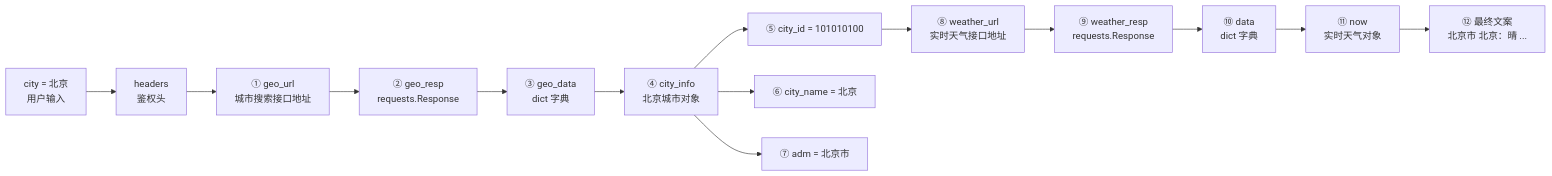
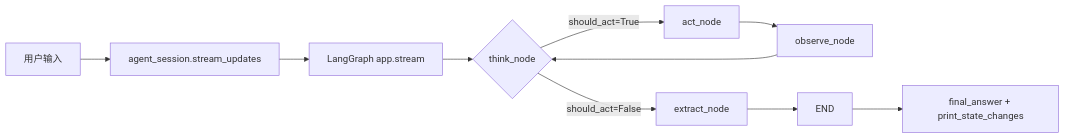
One commit to Heicrt/test2 changed the first of 5 diagrams in src/test2/docs/wiki.md. Above: the diagram before and after it, drawn with Mermaid. The commit also changed other lines of this file and 12 other files, not shown here.

First line of the commit message:
refactor(architecture): 抽取共享会话运行器并补齐契约文档

````diff
--- a/src/test2/docs/wiki.md
+++ b/src/test2/docs/wiki.md
@@ -634,16 +4366,12 @@
 ```mermaid
-graph LR
-    A[city = 北京<br/>用户输入] --> B[headers<br/>鉴权头]
-    B --> C[① geo_url<br/>城市搜索接口地址]
-    C --> D[② geo_resp<br/>requests.Response]
-    D --> E[③ geo_data<br/>dict 字典]
-    E --> F[④ city_info<br/>北京城市对象]
-    F --> G[⑤ city_id = 101010100]
-    F --> H[⑥ city_name = 北京]
-    F --> I[⑦ adm = 北京市]
-    G --> J[⑧ weather_url<br/>实时天气接口地址]
-    J --> K[⑨ weather_resp<br/>requests.Response]
-    K --> L[⑩ data<br/>dict 字典]
-    L --> M[⑪ now<br/>实时天气对象]
-    M --> N[⑫ 最终文案<br/>北京市 北京：晴 ...]
+flowchart LR
+    A[用户输入] --> B[agent_session.stream_updates]
+    B --> C[LangGraph app.stream]
+    C --> D{think_node}
+    D -->|should_act=True| E[act_node]
+    E --> F[observe_node]
+    F --> D
+    D -->|should_act=False| G[extract_node]
+    G --> H[END]
+    H --> I[final_answer + print_state_changes]
 ```
````
